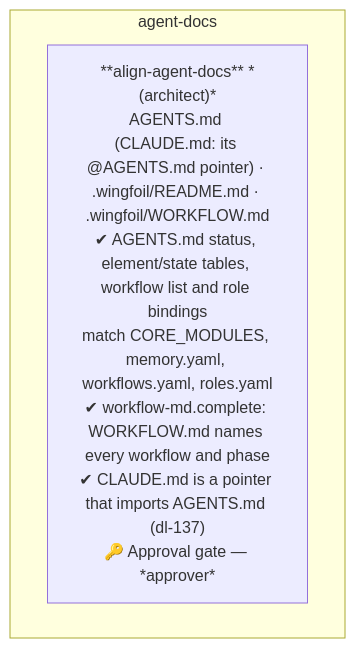
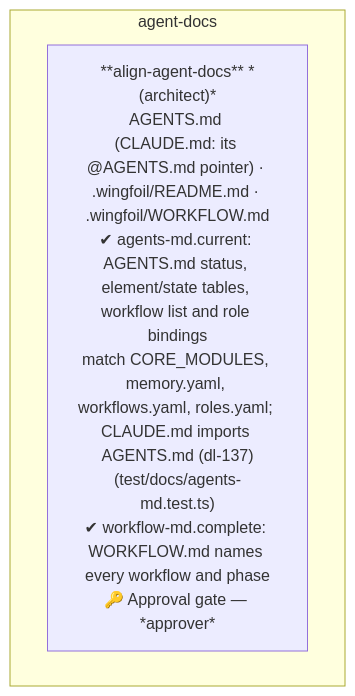
One commit to wingfoil/wingfoil changed diagram 13 of 29 in .wingfoil/WORKFLOW.md. Above: the diagram before and after it, drawn with Mermaid. The commit also changed other lines of this file and 8 other files, not shown here.

First line of the commit message:
fix(workflow): task-358 — bind every workflow token of this repository (bug-469, bug-320, bug-435)

````diff
--- a/.wingfoil/WORKFLOW.md
+++ b/.wingfoil/WORKFLOW.md
@@ -390,6 +391,6 @@
 ```mermaid
 flowchart TD
     subgraph AD["agent-docs"]
-        AGD["**align-agent-docs** *(architect)*\nAGENTS.md (CLAUDE.md: its @AGENTS.md pointer) · .wingfoil/README.md · .wingfoil/WORKFLOW.md\n✔ AGENTS.md status, element/state tables, workflow list and role bindings\nmatch CORE_MODULES, memory.yaml, workflows.yaml, roles.yaml\n✔ workflow-md.complete: WORKFLOW.md names every workflow and phase\n✔ CLAUDE.md is a pointer that imports AGENTS.md (dl-137)\n🔑 Approval gate — *approver*"]
+        AGD["**align-agent-docs** *(architect)*\nAGENTS.md (CLAUDE.md: its @AGENTS.md pointer) · .wingfoil/README.md · .wingfoil/WORKFLOW.md\n✔ agents-md.current: AGENTS.md status, element/state tables, workflow list and role bindings\nmatch CORE_MODULES, memory.yaml, workflows.yaml, roles.yaml; CLAUDE.md imports AGENTS.md (dl-137)\n(test/docs/agents-md.test.ts)\n✔ workflow-md.complete: WORKFLOW.md names every workflow and phase\n🔑 Approval gate — *approver*"]
     end
 ```
````
